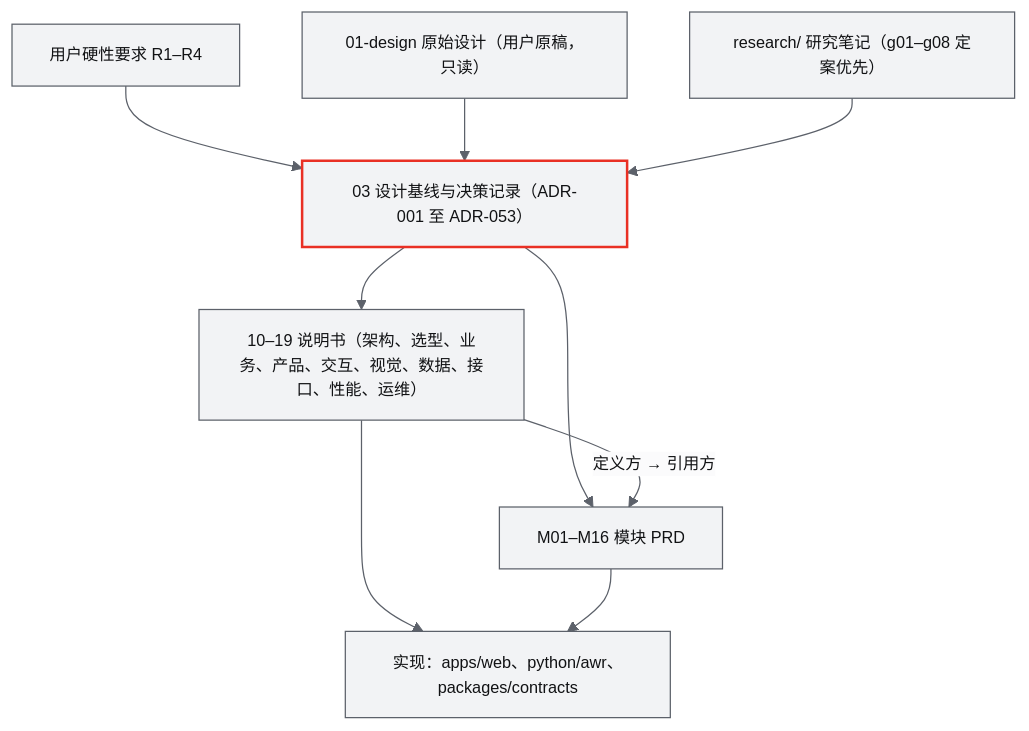
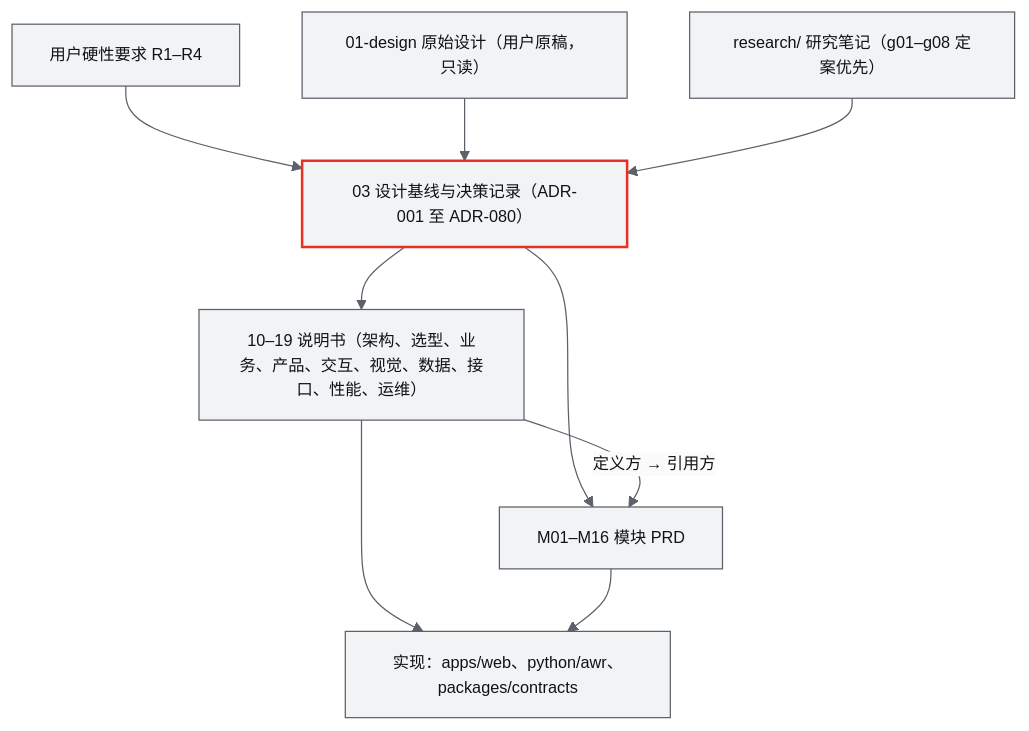
Before and after one commit to ANetResearch/ANet-Drone4D: the diagram in docs/README.md, drawn with Mermaid. The commit also changed other lines of this file and 91 other files, not shown here.

````diff
--- a/docs/README.md
+++ b/docs/README.md
@@ -20,21 +20,21 @@
 ```mermaid
 %%{init: {"theme": "base", "themeVariables": {"fontFamily": "Inter, PingFang SC, Microsoft YaHei, Noto Sans CJK SC, sans-serif", "fontSize": "13px", "background": "#FBFBFC", "primaryColor": "#F2F3F5", "primaryTextColor": "#111214", "primaryBorderColor": "#5C616A", "secondaryColor": "#E4E6E9", "tertiaryColor": "#FBFBFC", "lineColor": "#5C616A", "textColor": "#111214", "mainBkg": "#F2F3F5", "nodeBorder": "#5C616A", "clusterBkg": "#FBFBFC", "clusterBorder": "#A7ABB3", "edgeLabelBackground": "#FBFBFC", "noteBkgColor": "#E4E6E9", "noteTextColor": "#111214", "noteBorderColor": "#81868F"}}}%%
 flowchart TD
   R["用户硬性要求 R1–R4"]
   D["01-design 原始设计（用户原稿，只读）"]
   RS["research/ 研究笔记（g01–g08 定案优先）"]
-  B["03 设计基线与决策记录（ADR-001 至 ADR-053）"]
+  B["03 设计基线与决策记录（ADR-001 至 ADR-080）"]
   S["10–19 说明书（架构、选型、业务、产品、交互、视觉、数据、接口、性能、运维）"]
   M["M01–M16 模块 PRD"]
   I["实现：apps/web、python/awr、packages/contracts"]
   R --> B
   D --> B
   RS --> B
   B --> S
   B --> M
   S -- "定义方 → 引用方" --> M
   S --> I
   M --> I
   classDef hero stroke:#E93024,stroke-width:2px
   class B hero
 ```
````
